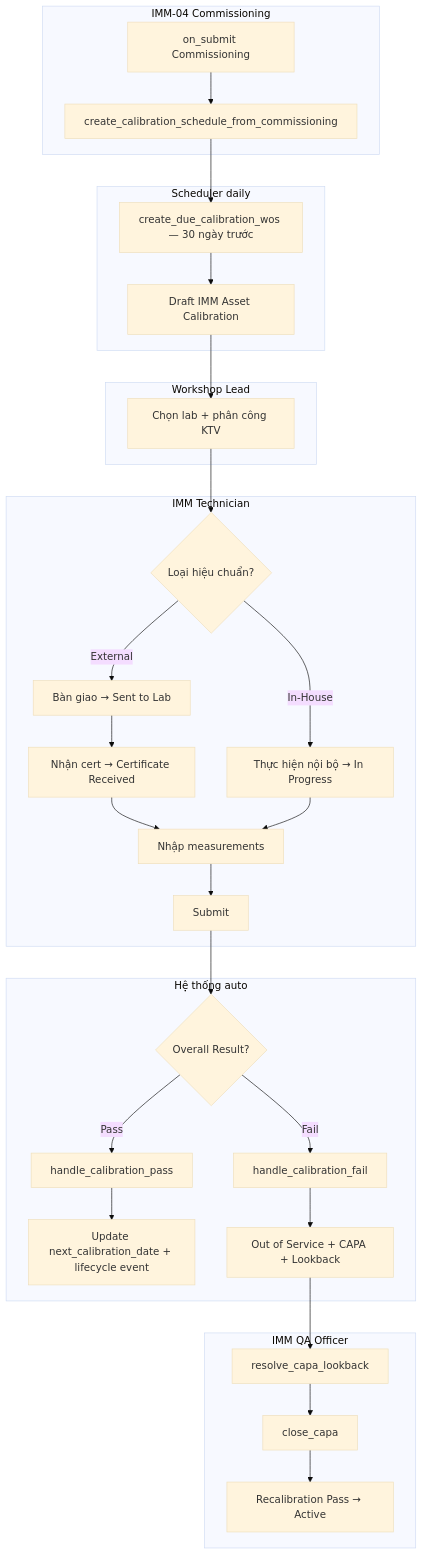
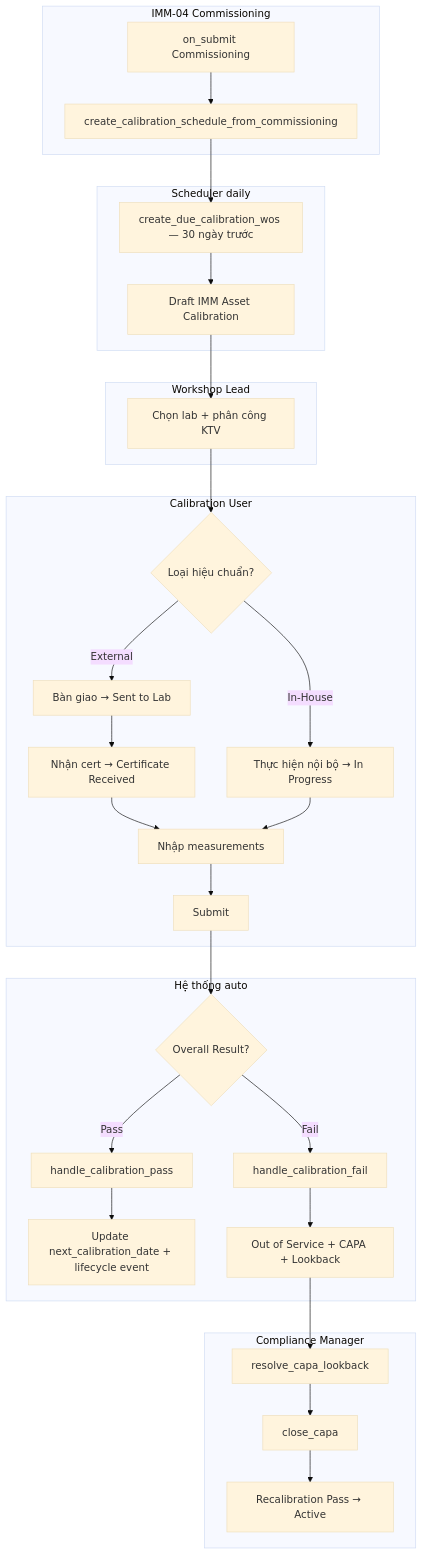
The first of 2 diagrams in docs/imm-11/02_Analysis_Design.md (mvl26/Assetcore), drawn with Mermaid (base theme) before and after one commit. The commit also changed other lines of this file and 5 other files, not shown here.

First line of the commit message:
fix(imm11): rename device-model fields for calibration schedule

````diff
--- a/docs/imm-11/02_Analysis_Design.md
+++ b/docs/imm-11/02_Analysis_Design.md
@@ -140,34 +140,34 @@
 ```mermaid
 flowchart TD
     subgraph IMM04["IMM-04 Commissioning"]
         A1[on_submit Commissioning] --> A2[create_calibration_schedule_from_commissioning]
     end
     subgraph Scheduler["Scheduler daily"]
         A2 --> B1[create_due_calibration_wos — 30 ngày trước]
         B1 --> B2[Draft IMM Asset Calibration]
     end
     subgraph WL["Workshop Lead"]
         B2 --> C1[Chọn lab + phân công KTV]
     end
-    subgraph KTV["IMM Technician"]
+    subgraph KTV["Calibration User"]
         C1 --> D1{Loại hiệu chuẩn?}
         D1 -->|External| D2[Bàn giao → Sent to Lab]
         D2 --> D3[Nhận cert → Certificate Received]
         D1 -->|In-House| D4[Thực hiện nội bộ → In Progress]
         D3 --> D5[Nhập measurements]
         D4 --> D5
         D5 --> D6[Submit]
     end
     subgraph System["Hệ thống auto"]
         D6 --> E1{Overall Result?}
         E1 -->|Pass| E2[handle_calibration_pass]
         E2 --> E3[Update next_calibration_date + lifecycle event]
         E1 -->|Fail| E4[handle_calibration_fail]
         E4 --> E5[Out of Service + CAPA + Lookback]
     end
-    subgraph QA["IMM QA Officer"]
+    subgraph QA["Compliance Manager"]
         E5 --> F1[resolve_capa_lookback]
         F1 --> F2[close_capa]
         F2 --> F3[Recalibration Pass → Active]
     end
 ```
````
